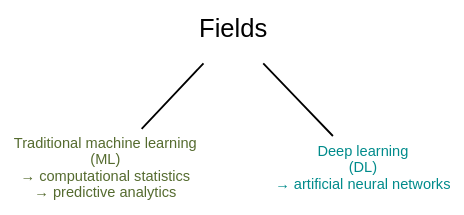
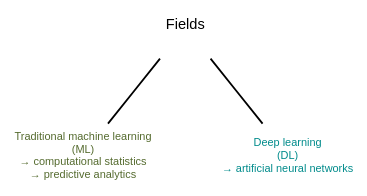
The first of 24 diagrams in ai/wb_frameworks_content.qmd (WestDRI/arc-training), drawn with Graphviz before and after one commit. The commit also changed other lines of this file and 2 other files, not shown here.

````diff
--- a/ai/wb_frameworks_content.qmd
+++ b/ai/wb_frameworks_content.qmd
@@ -22,15 +22,16 @@
 ```{dot}
 //| echo: false
 
 strict graph {
 
 bgcolor="transparent"
 node [fontname="Inconsolata, sans-serif", shape=plaintext]
 
-"Traditional machine learning\n(ML)\n→ computational statistics\n→ predictive analytics" [URL="https://en.wikipedia.org/wiki/Computational_statistics", fontsize=8, fontcolor=darkolivegreen]
-"Deep learning\n(DL)\n→ artificial neural networks" [URL="https://en.wikipedia.org/wiki/Deep_learning", fontsize=8, fontcolor=darkcyan]
+"Traditional machine learning\n(ML)\n→ computational statistics\n→ predictive analytics" [URL="https://en.wikipedia.org/wiki/Computational_statistics", fontsize=6, fontcolor=darkolivegreen]
+"Deep learning\n(DL)\n→ artificial neural networks" [URL="https://en.wikipedia.org/wiki/Deep_learning", fontsize=6, fontcolor=darkcyan]
+Fields[fontsize=8]
 
 Fields -- {"Traditional machine learning\n(ML)\n→ computational statistics\n→ predictive analytics" "Deep learning\n(DL)\n→ artificial neural networks"}
 
 }
 ```
````
